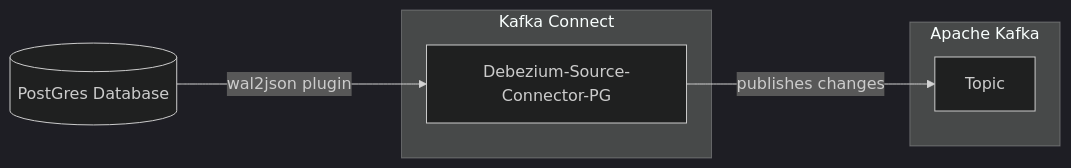
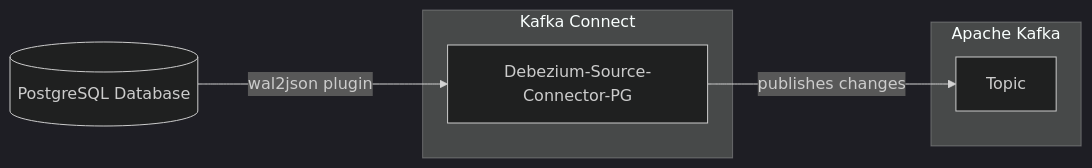
Before and after one commit to aiven/devportal: the diagram in docs/tools/terraform/reference/cookbook/kafka-debezium-postgres-source.rst, drawn with Mermaid (dark theme). The commit also changed other lines of this file, not shown here.

Commit message:
Changed Postgres into PostgreSQL

```diff
--- a/docs/tools/terraform/reference/cookbook/kafka-debezium-postgres-source.rst
+++ b/docs/tools/terraform/reference/cookbook/kafka-debezium-postgres-source.rst
@@ -8,11 +8,11 @@
 .. mermaid::
 
    flowchart LR
-      id1[(PostGres Database)]
+      id1[(PostgreSQL Database)]
       subgraph Kafka Connect
       Debezium-Source-Connector-PG
       end
       subgraph Apache Kafka
       Topic
       end
       id1 --->|wal2json plugin| Debezium-Source-Connector-PG -->|publishes changes| Topic
```
